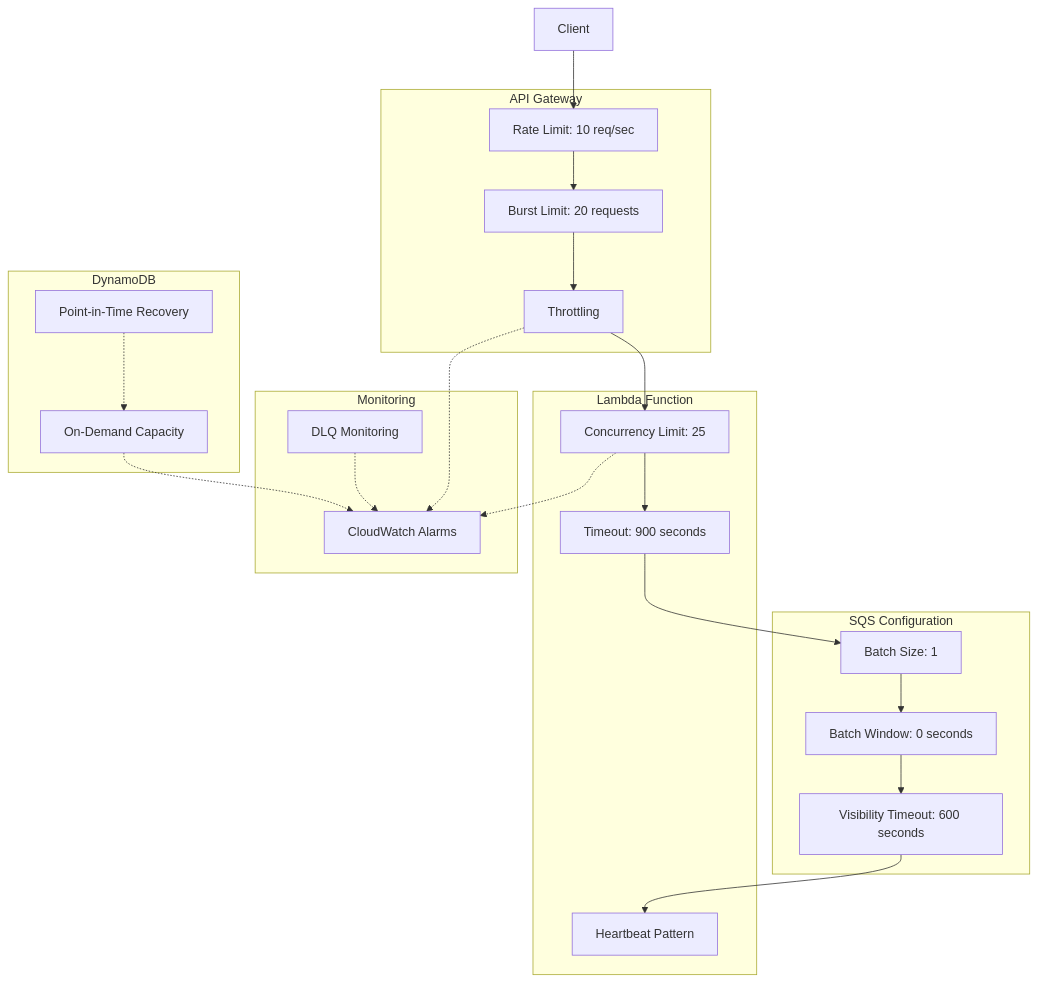
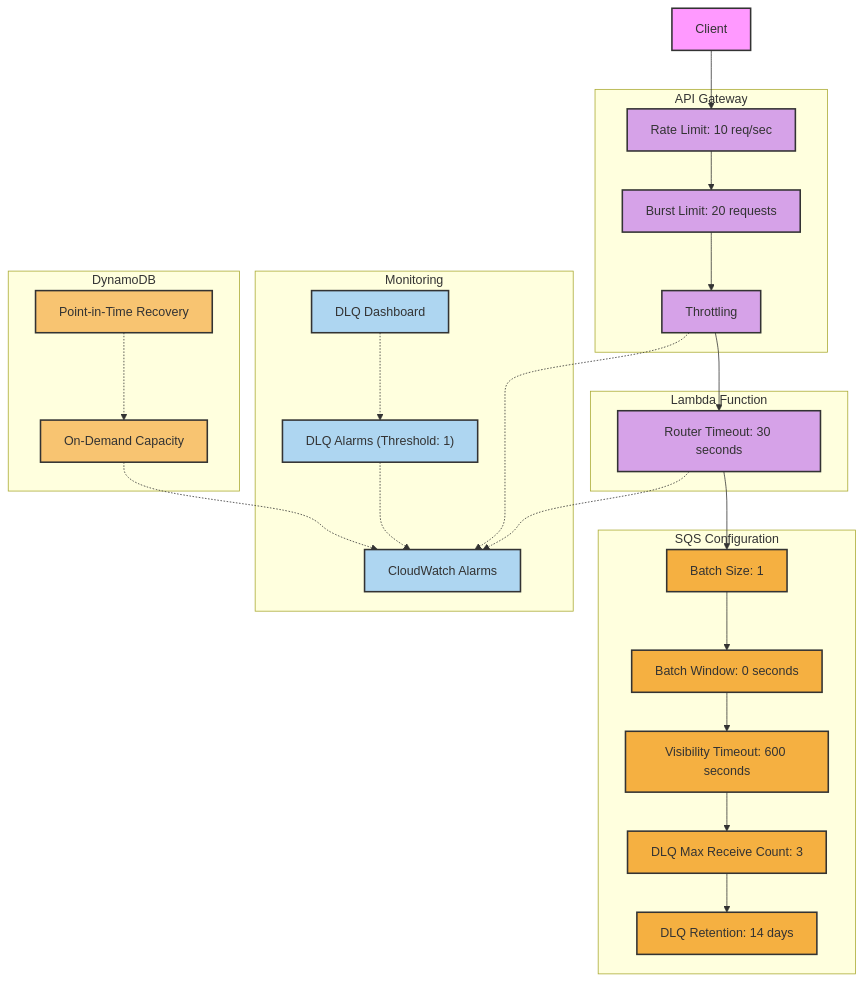
Before and after one commit to junksamiad/template-sender-engine: the third of 7 diagrams in lld/channel-router/channel-router-diagrams-v1.0.md, drawn with Mermaid. The commit also changed other lines of this file, not shown here.

Commit message:
Updated channel-router-diagrams-v1.0.md to align with channel router documentation

````diff
--- a/lld/channel-router/channel-router-diagrams-v1.0.md
+++ b/lld/channel-router/channel-router-diagrams-v1.0.md
@@ -113,49 +133,67 @@
 ```mermaid
 flowchart TD
     subgraph "API Gateway"
         RL["Rate Limit: 10 req/sec"]
         BL["Burst Limit: 20 requests"]
         TH["Throttling"]
     end
     
     subgraph "Lambda Function"
-        CL["Concurrency Limit: 25"]
-        TO["Timeout: 900 seconds"]
-        HB["Heartbeat Pattern"]
+        TO["Router Timeout: 30 seconds"]
     end
     
     subgraph "SQS Configuration"
         BS["Batch Size: 1"]
         BW["Batch Window: 0 seconds"]
         VT["Visibility Timeout: 600 seconds"]
+        DLQ_RC["DLQ Max Receive Count: 3"]
+        DLQ_RET["DLQ Retention: 14 days"]
     end
     
     subgraph "DynamoDB"
         OD["On-Demand Capacity"]
         PITR["Point-in-Time Recovery"]
     end
     
     subgraph "Monitoring"
         CWA["CloudWatch Alarms"]
-        DLQM["DLQ Monitoring"]
+        DLQM["DLQ Dashboard"]
+        DLQA["DLQ Alarms (Threshold: 1)"]
     end
     
     Client[Client] --> RL
     RL --> BL
     BL --> TH
     
-    TH --> CL
-    CL --> TO
+    TH --> TO
     
     TO --> BS
     BS --> BW
     BW --> VT
-    VT --> HB
+    VT --> DLQ_RC
+    DLQ_RC --> DLQ_RET
     
-    CL -.-> CWA
+    TO -.-> CWA
     TH -.-> CWA
-    DLQM -.-> CWA
+    DLQM -.-> DLQA
+    DLQA -.-> CWA
     
     OD -.-> CWA
     PITR -.-> OD
+    
+    style RL fill:#D6A2E8,stroke:#333,stroke-width:2px
+    style BL fill:#D6A2E8,stroke:#333,stroke-width:2px
+    style TH fill:#D6A2E8,stroke:#333,stroke-width:2px
+    style TO fill:#D6A2E8,stroke:#333,stroke-width:2px
+    style BS fill:#F5B041,stroke:#333,stroke-width:2px
+    style BW fill:#F5B041,stroke:#333,stroke-width:2px
+    style VT fill:#F5B041,stroke:#333,stroke-width:2px
+    style DLQ_RC fill:#F5B041,stroke:#333,stroke-width:2px
+    style DLQ_RET fill:#F5B041,stroke:#333,stroke-width:2px
+    style OD fill:#F8C471,stroke:#333,stroke-width:2px
+    style PITR fill:#F8C471,stroke:#333,stroke-width:2px
+    style CWA fill:#AED6F1,stroke:#333,stroke-width:2px
+    style DLQM fill:#AED6F1,stroke:#333,stroke-width:2px
+    style DLQA fill:#AED6F1,stroke:#333,stroke-width:2px
+    style Client fill:#f9f,stroke:#333,stroke-width:2px
 ```
````
